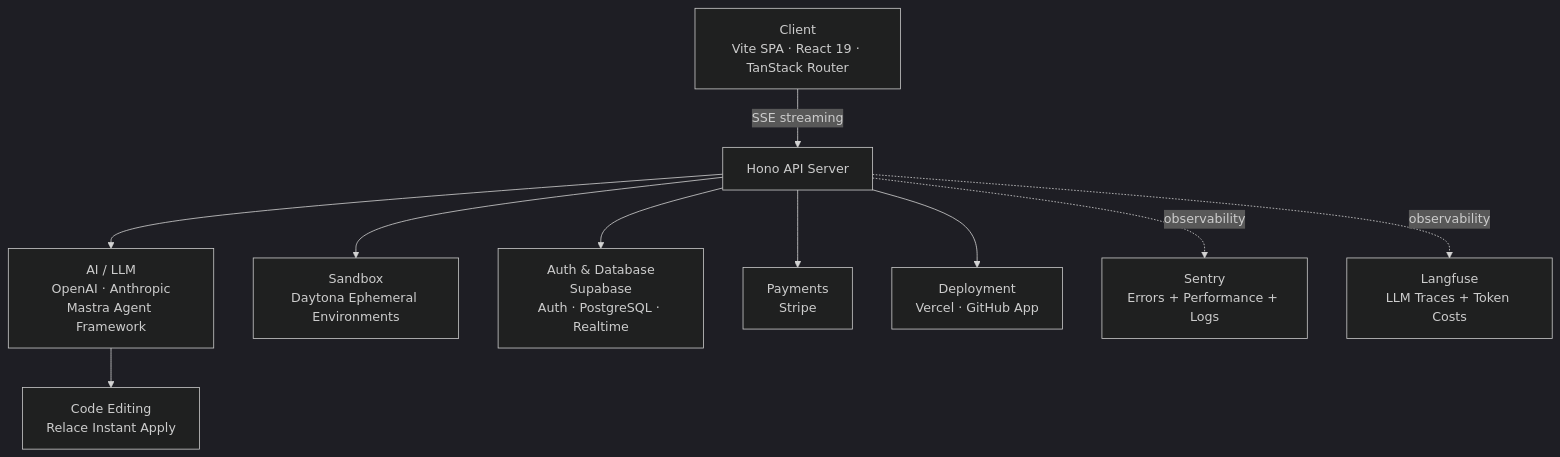
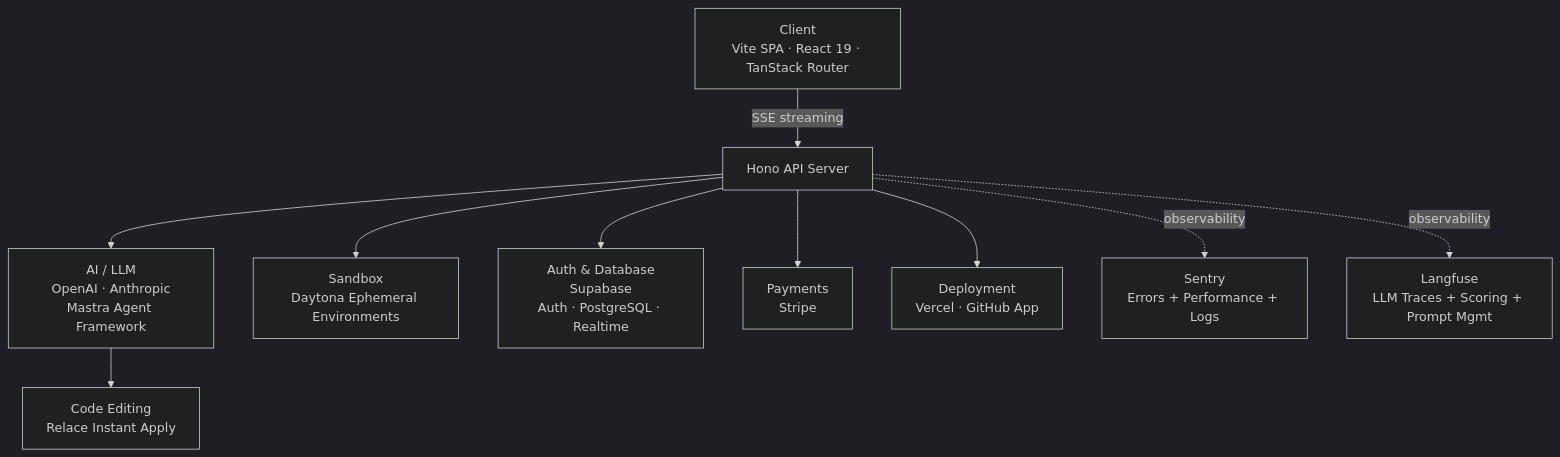
The diagram in README.md (VibeStackCodes/platform), drawn with Mermaid (dark theme) before and after one commit. The commit also changed other lines of this file and 12 other files, not shown here.

First line of the commit message:
feat: maximize Langfuse integration — trace enrichment, scoring, prompt management

````diff
--- a/README.md
+++ b/README.md
@@ -7,25 +7,25 @@
 ```mermaid
 flowchart TD
     Client["Client\nVite SPA · React 19 · TanStack Router"]
     API["Hono API Server"]
     AI["AI / LLM\nOpenAI · Anthropic\nMastra Agent Framework"]
     Sandbox["Sandbox\nDaytona Ephemeral Environments"]
     DB["Auth & Database\nSupabase\nAuth · PostgreSQL · Realtime"]
     Payments["Payments\nStripe"]
     Deploy["Deployment\nVercel · GitHub App"]
     CodeEdit["Code Editing\nRelace Instant Apply"]
 
     Client -->|SSE streaming| API
     API --> AI
     API --> Sandbox
     API --> DB
     API --> Payments
     API --> Deploy
     AI --> CodeEdit
 
     Sentry["Sentry\nErrors + Performance + Logs"]
-    Langfuse["Langfuse\nLLM Traces + Token Costs"]
+    Langfuse["Langfuse\nLLM Traces + Scoring + Prompt Mgmt"]
 
     API -.->|observability| Sentry
     API -.->|observability| Langfuse
 ```
````
